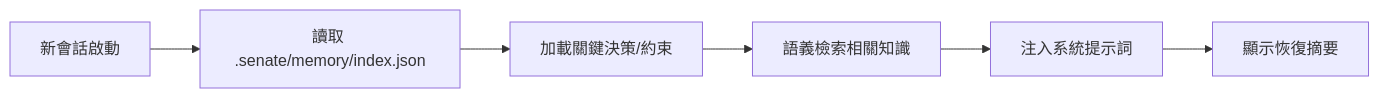
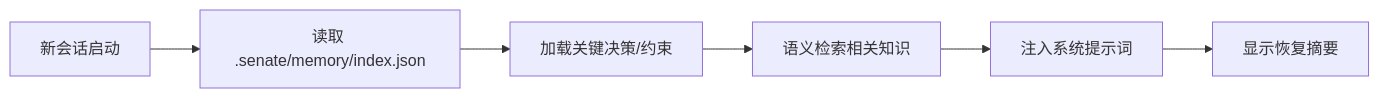
Before and after one commit to gogojaja/DevProjectTeamSkill: the second of 2 diagrams in .trae/skills/dev-project-team-skill/skills/project-memory/SKILL.md, drawn with Mermaid. The commit also changed other lines of this file and 69 other files, not shown here.

````diff
--- a/.trae/skills/dev-project-team-skill/skills/project-memory/SKILL.md
+++ b/.trae/skills/dev-project-team-skill/skills/project-memory/SKILL.md
@@ -60,8 +62,8 @@
 ```mermaid
 graph LR
-  A[新會話啟動] --> B[讀取 .senate/memory/index.json]
-  B --> C[加載關鍵決策/約束]
-  C --> D[語義檢索相關知識]
-  D --> E[注入系統提示詞]
-  E --> F[顯示恢復摘要]
+  A[新会话启动] --> B[读取 .senate/memory/index.json]
+  B --> C[加载关键决策/约束]
+  C --> D[语义检索相关知识]
+  D --> E[注入系统提示词]
+  E --> F[显示恢复摘要]
 ```
````
